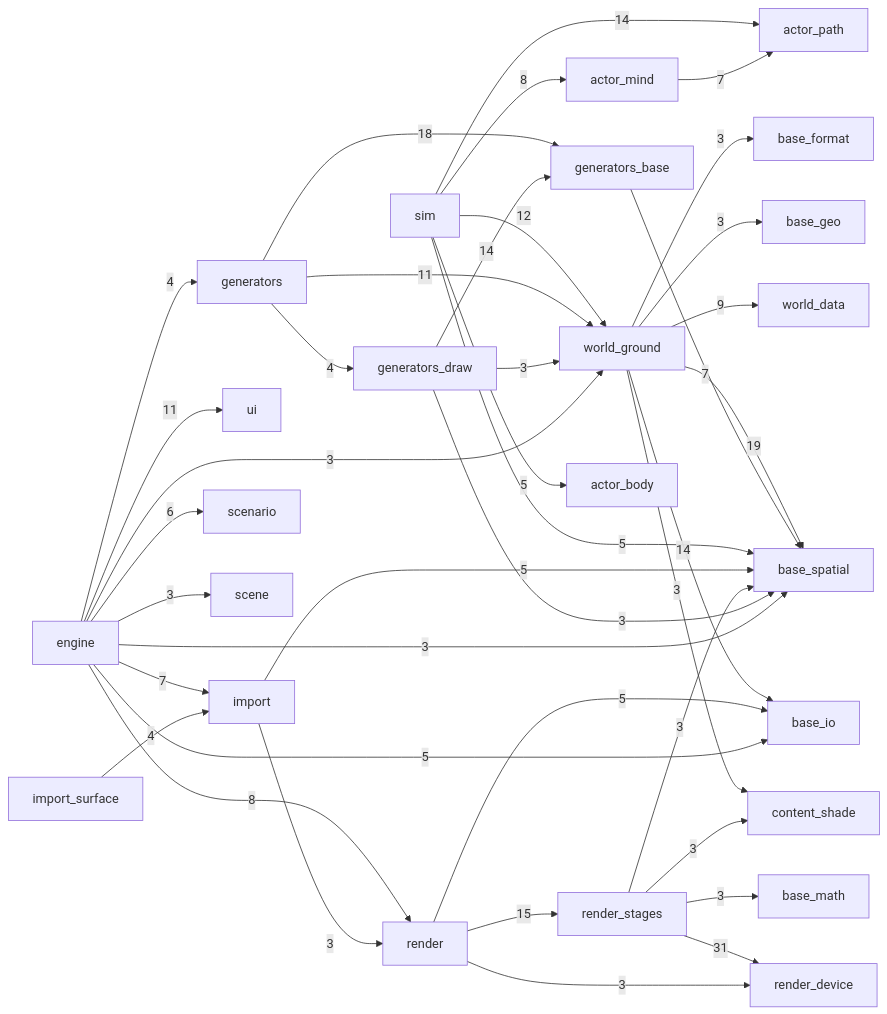
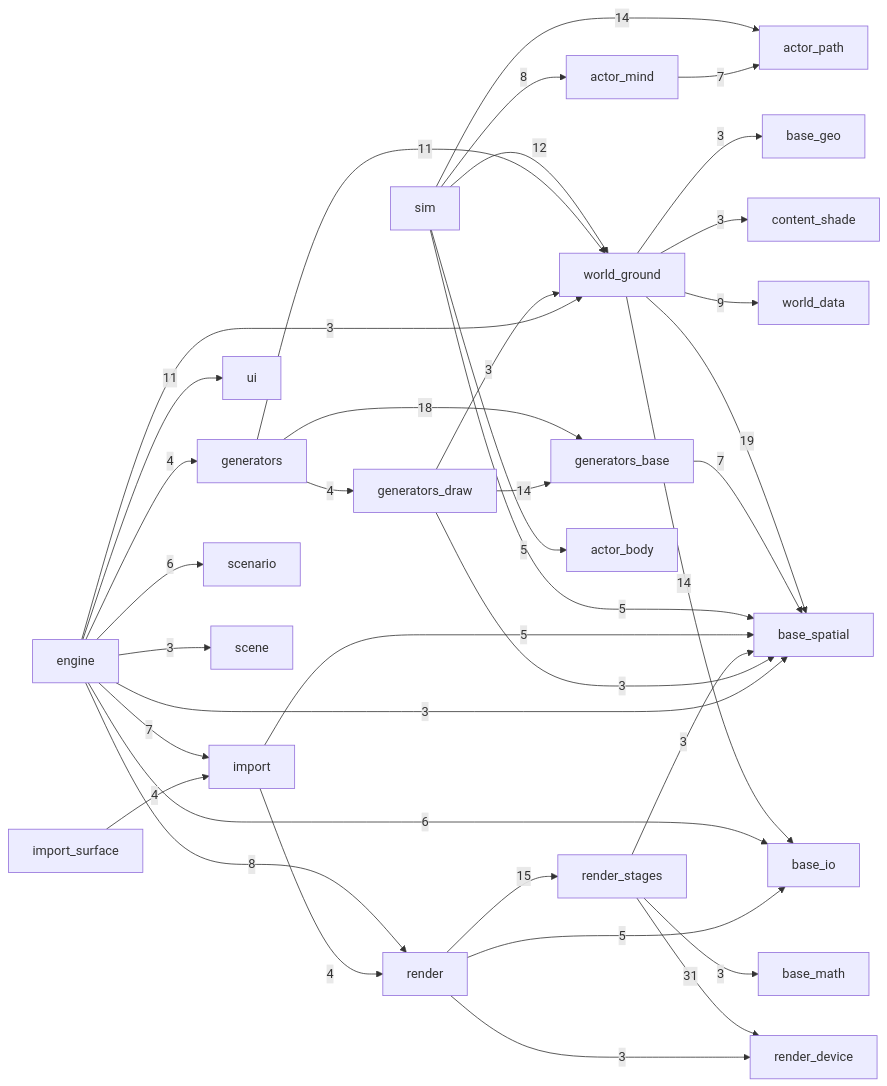
One commit to Weichwolf/outshine changed the diagram in STATE.md. Above: the diagram before and after it, drawn with Mermaid. The commit also changed other lines of this file and 3 other files, not shown here.

````diff
--- a/STATE.md
+++ b/STATE.md
@@ -312,41 +367,39 @@
 ```mermaid
 flowchart LR
   render_stages --> |31| render_device
   world_ground --> |19| base_spatial
   generators --> |18| generators_base
   render --> |15| render_stages
   world_ground --> |14| base_io
   sim --> |14| actor_path
   generators_draw --> |14| generators_base
   sim --> |12| world_ground
   generators --> |11| world_ground
   engine --> |11| ui
   world_ground --> |9| world_data
   sim --> |8| actor_mind
   engine --> |8| render
   generators_base --> |7| base_spatial
   engine --> |7| import
   actor_mind --> |7| actor_path
   engine --> |6| scenario
+  engine --> |6| base_io
   sim --> |5| base_spatial
   sim --> |5| actor_body
   render --> |5| base_io
   import --> |5| base_spatial
-  engine --> |5| base_io
+  import --> |4| render
   import_surface --> |4| import
   generators --> |4| generators_draw
   engine --> |4| generators
   world_ground --> |3| content_shade
   world_ground --> |3| base_geo
-  world_ground --> |3| base_format
   render --> |3| render_device
-  render_stages --> |3| content_shade
   render_stages --> |3| base_spatial
   render_stages --> |3| base_math
-  import --> |3| render
   generators_draw --> |3| world_ground
   generators_draw --> |3| base_spatial
   engine --> |3| world_ground
   engine --> |3| scene
   engine --> |3| base_spatial
 ```
````
